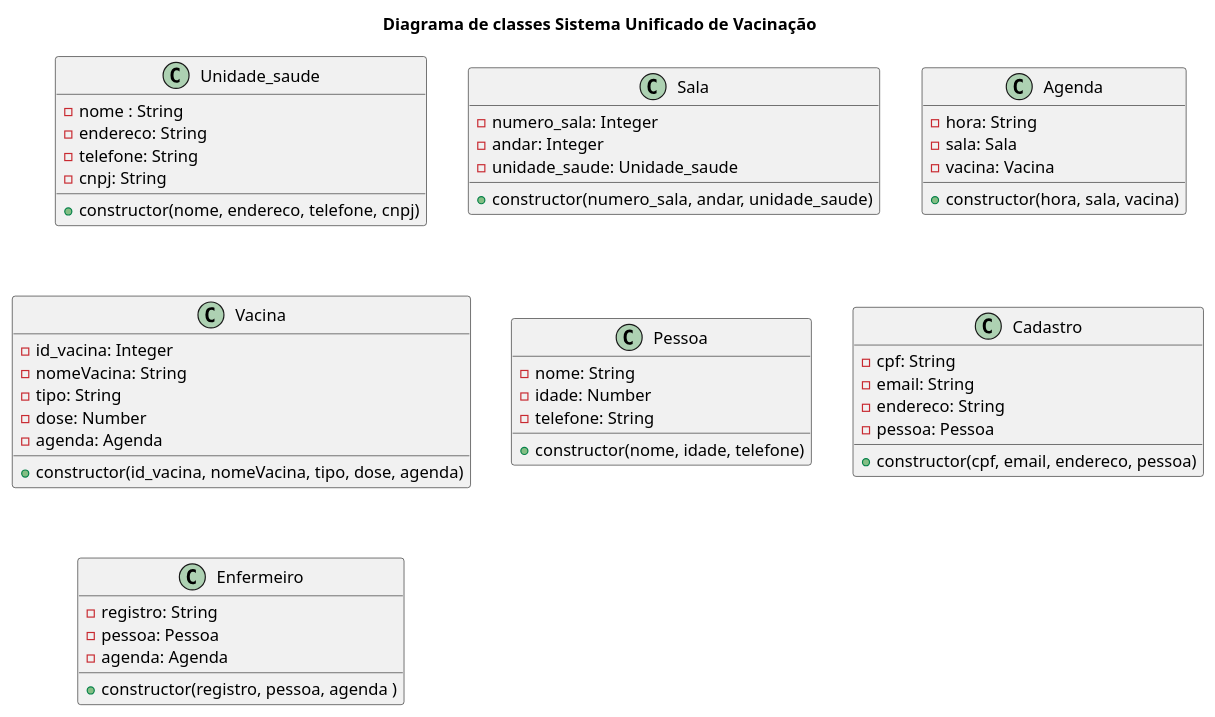
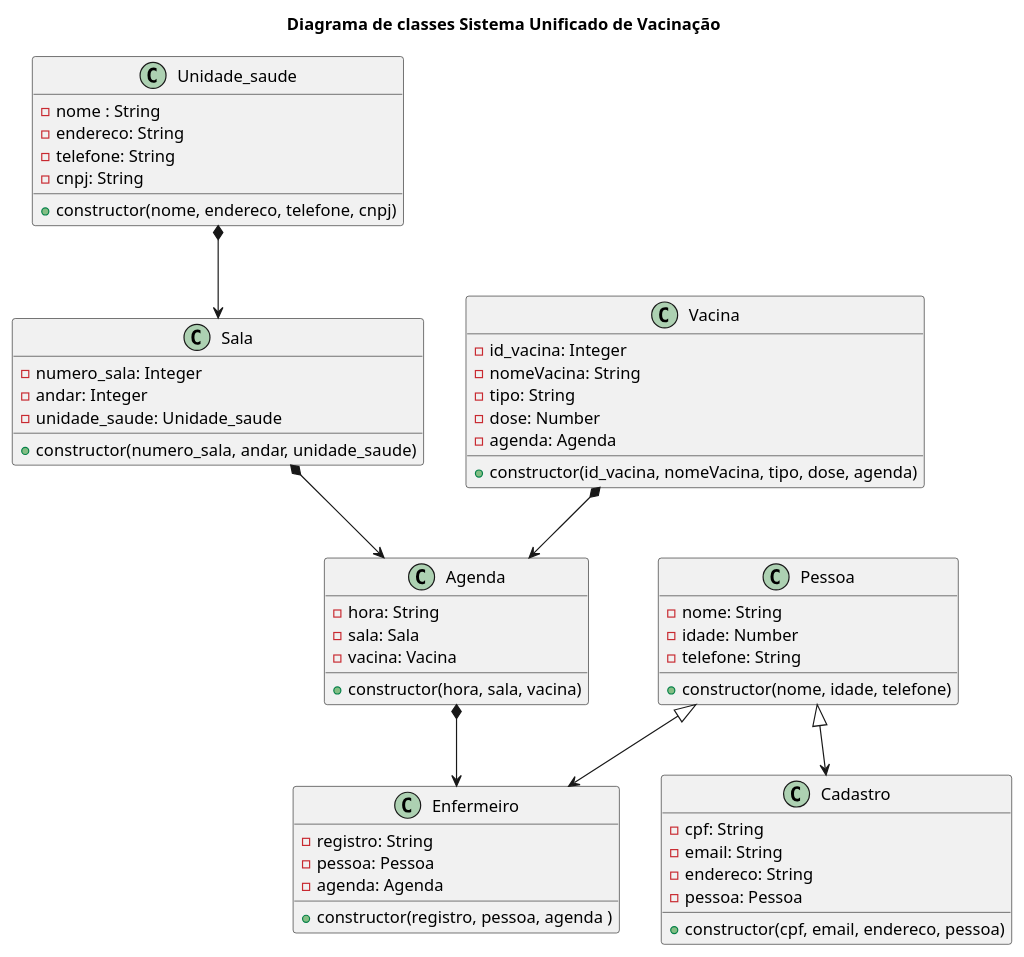
The diagram in diagrama_classe.plantuml (anleaes/2022-1-N2-POO-01), drawn with PlantUML before and after one commit.

Commit message:
criacao relacionamento do diagrama

```diff
--- a/diagrama_classe.plantuml
+++ b/diagrama_classe.plantuml
@@ -1,61 +1,66 @@
 @startuml
 
 title Diagrama de classes Sistema Unificado de Vacinação
 
 class Unidade_saude{
     - nome : String
     - endereco: String
     - telefone: String
     - cnpj: String
     + constructor(nome, endereco, telefone, cnpj)
 }
 
 class Sala{
     - numero_sala: Integer
     - andar: Integer
     - unidade_saude: Unidade_saude 
     + constructor(numero_sala, andar, unidade_saude)
 }
 
 class Agenda{
     - hora: String
     - sala: Sala
     - vacina: Vacina
     + constructor(hora, sala, vacina)
 }
 
 
 Class Vacina{
     - id_vacina: Integer
     - nomeVacina: String
     - tipo: String
     - dose: Number
     - agenda: Agenda
     + constructor(id_vacina, nomeVacina, tipo, dose, agenda)
 }
 
 class Pessoa{
     - nome: String
     - idade: Number
     - telefone: String
     + constructor(nome, idade, telefone)
 }
 
 class Cadastro {
     - cpf: String
     - email: String
     - endereco: String
     - pessoa: Pessoa
     + constructor(cpf, email, endereco, pessoa)
 }
 
 class Enfermeiro {
     - registro: String
     - pessoa: Pessoa
     - agenda: Agenda
     + constructor(registro, pessoa, agenda )
 }
 
-
+Pessoa <|--> Cadastro
+Pessoa <|--> Enfermeiro
+Unidade_saude *--> Sala
+Sala *--> Agenda
+Vacina *--> Agenda
+Agenda *--> Enfermeiro
 
 @enduml
```
